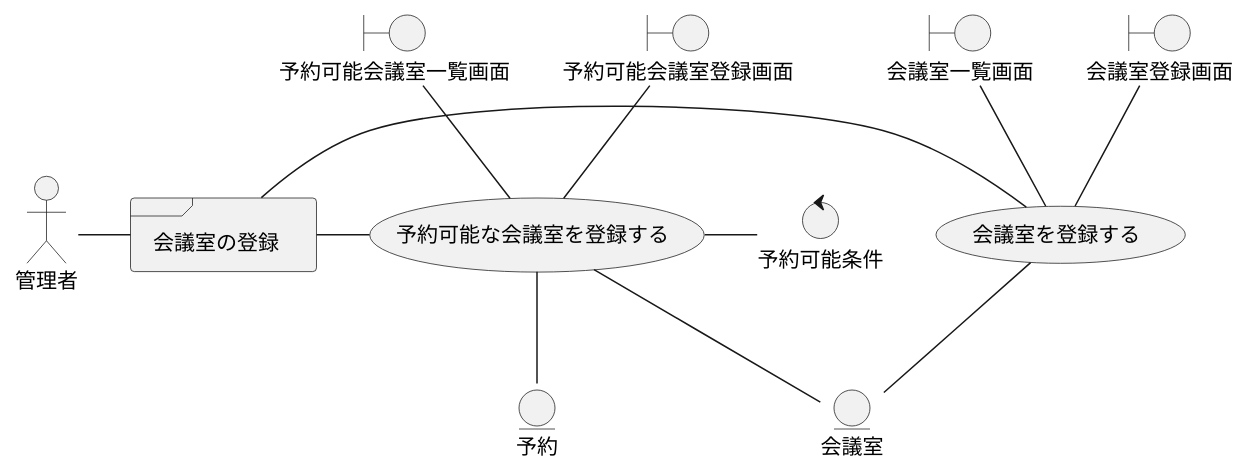
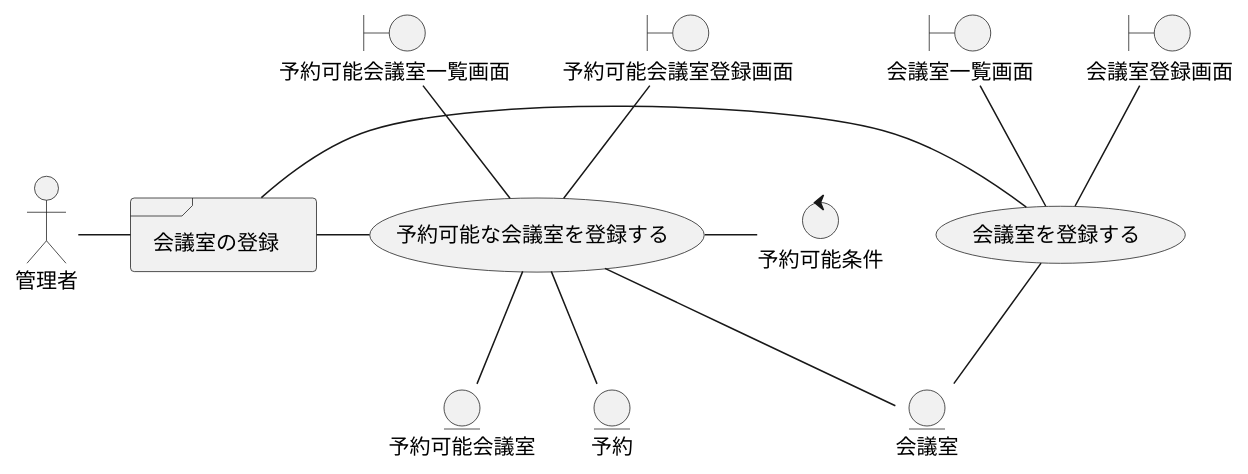
One commit to k2works/case-study-mrs changed diagram 15 of 23 in docs/index.adoc. Above: the diagram before and after it, drawn with PlantUML. The commit also changed other lines of this file and 7 other files, not shown here.

```diff
--- a/docs/index.adoc
+++ b/docs/index.adoc
@@ -490,30 +490,32 @@
 [plantuml]
 ----
 @startuml
 actor "管理者" as admin
 frame "会議室の登録" as f01
 usecase "会議室を登録する" as UC1
 usecase "予約可能な会議室を登録する" as UC2
 boundary "会議室一覧画面" as b01
 boundary "会議室登録画面" as b02
 boundary "予約可能会議室一覧画面" as b03
 boundary "予約可能会議室登録画面" as b04
 control "予約可能条件" as c01
-entity "会議室" as e01
+entity "予約可能会議室" as e01
 entity "予約" as e02
+entity "会議室" as e03
 
 admin - f01
 f01 - UC1
 b01 -- UC1
 b02 -- UC1
-UC1 -- e01
+UC1 -- e03
 
 f01 - UC2
 b03 -- UC2
 b04 -- UC2
 UC2 -- e01
 UC2 -- e02
+UC2 -- e03
 UC2 - c01
 
 @enduml
 ----
```
